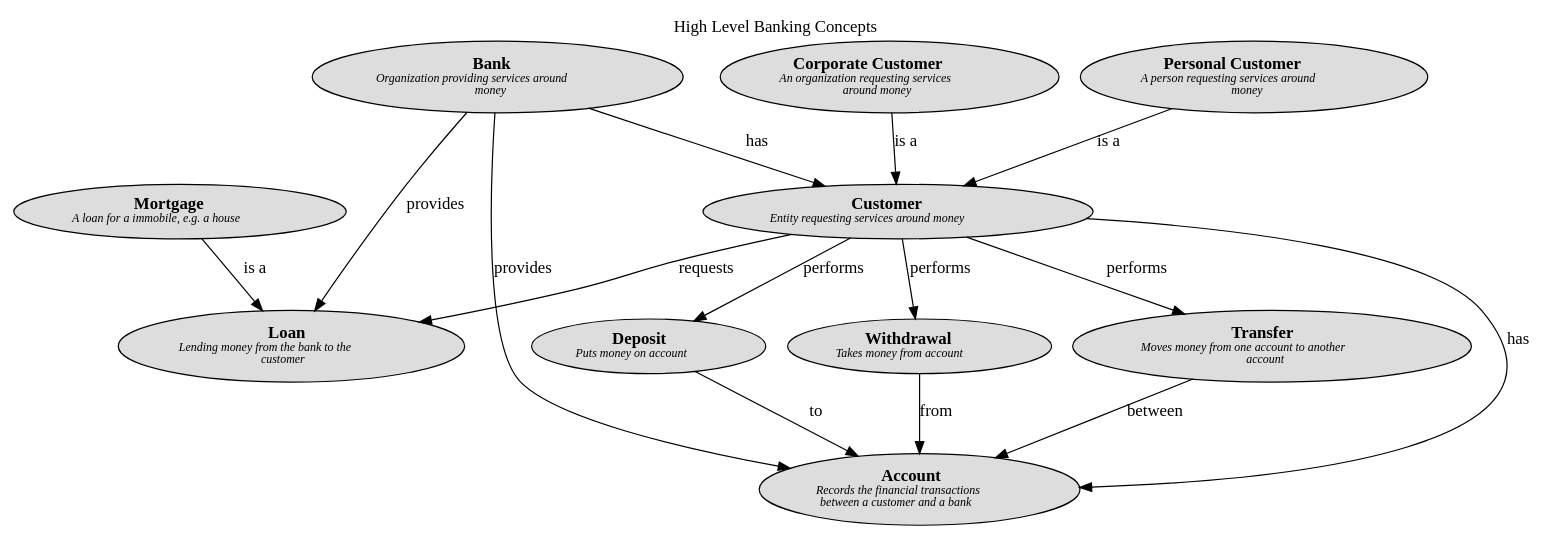
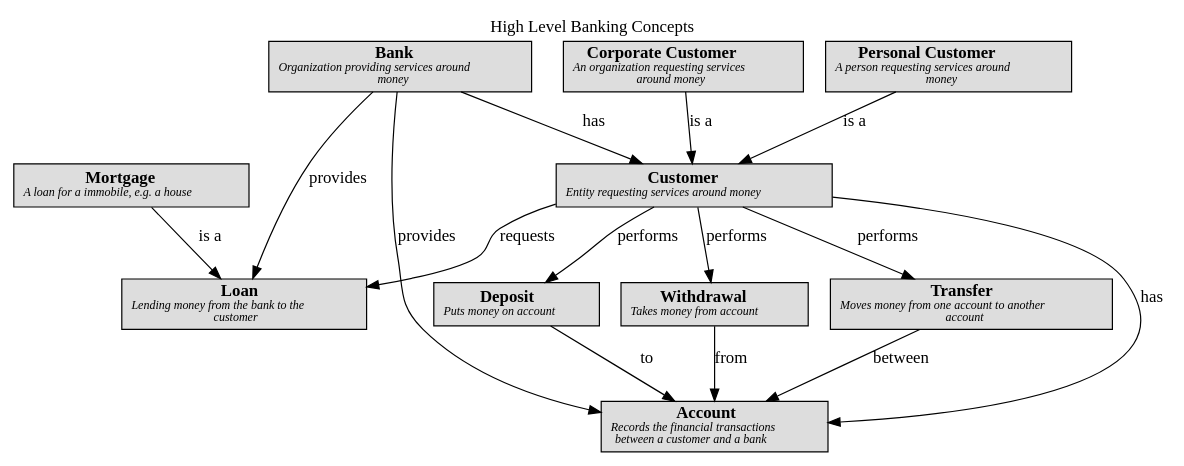
Before and after one commit to soulspace-org/my-bank-model: the diagram in docs/mybank/concepts/concept-view.dot, drawn with Graphviz. The commit also changed 113 other files, not shown here.

```diff
--- a/docs/mybank/concepts/concept-view.dot
+++ b/docs/mybank/concepts/concept-view.dot
@@ -1,34 +1,34 @@
 digraph "High Level Banking Concepts" {
   labelloc= "t"
   label="High Level Banking Concepts"
 
   layout=dot
-mybank_concepts__mortgage [shape=ellipse style=filled fillcolor="#dddddd" label=<<B>Mortgage</B><BR/><FONT POINT-SIZE="10"><I>A loan for a immobile, e.g. a house </I></FONT>>]
-mybank_concepts__transfer [shape=ellipse style=filled fillcolor="#dddddd" label=<<B>Transfer</B><BR/><FONT POINT-SIZE="10"><I>Moves money from one account to another<BR/>account </I></FONT>>]
-mybank_concepts__personal_customer [shape=ellipse style=filled fillcolor="#dddddd" label=<<B>Personal Customer</B><BR/><FONT POINT-SIZE="10"><I>A person requesting services around<BR/>money </I></FONT>>]
-mybank_concepts__account [shape=ellipse style=filled fillcolor="#dddddd" label=<<B>Account</B><BR/><FONT POINT-SIZE="10"><I>Records the financial transactions<BR/>between a customer and a bank </I></FONT>>]
-mybank_concepts__bank [shape=ellipse style=filled fillcolor="#dddddd" label=<<B>Bank</B><BR/><FONT POINT-SIZE="10"><I>Organization providing services around<BR/>money </I></FONT>>]
-mybank_concepts__customer [shape=ellipse style=filled fillcolor="#dddddd" label=<<B>Customer</B><BR/><FONT POINT-SIZE="10"><I>Entity requesting services around money </I></FONT>>]
-mybank_concepts__deposit [shape=ellipse style=filled fillcolor="#dddddd" label=<<B>Deposit</B><BR/><FONT POINT-SIZE="10"><I>Puts money on account </I></FONT>>]
-mybank_concepts__corporate_customer [shape=ellipse style=filled fillcolor="#dddddd" label=<<B>Corporate Customer</B><BR/><FONT POINT-SIZE="10"><I>An organization requesting services<BR/>around money </I></FONT>>]
-mybank_concepts__withdrawal [shape=ellipse style=filled fillcolor="#dddddd" label=<<B>Withdrawal</B><BR/><FONT POINT-SIZE="10"><I>Takes money from account </I></FONT>>]
-mybank_concepts__loan [shape=ellipse style=filled fillcolor="#dddddd" label=<<B>Loan</B><BR/><FONT POINT-SIZE="10"><I>Lending money from the bank to the<BR/>customer </I></FONT>>]
+mybank_concepts__mortgage [shape=box style=filled fillcolor="#dddddd" label=<<B>Mortgage</B><BR/><FONT POINT-SIZE="10"><I>A loan for a immobile, e.g. a house </I></FONT>>]
+mybank_concepts__transfer [shape=box style=filled fillcolor="#dddddd" label=<<B>Transfer</B><BR/><FONT POINT-SIZE="10"><I>Moves money from one account to another<BR/>account </I></FONT>>]
+mybank_concepts__personal_customer [shape=box style=filled fillcolor="#dddddd" label=<<B>Personal Customer</B><BR/><FONT POINT-SIZE="10"><I>A person requesting services around<BR/>money </I></FONT>>]
+mybank_concepts__account [shape=box style=filled fillcolor="#dddddd" label=<<B>Account</B><BR/><FONT POINT-SIZE="10"><I>Records the financial transactions<BR/>between a customer and a bank </I></FONT>>]
+mybank_concepts__bank [shape=box style=filled fillcolor="#dddddd" label=<<B>Bank</B><BR/><FONT POINT-SIZE="10"><I>Organization providing services around<BR/>money </I></FONT>>]
+mybank_concepts__customer [shape=box style=filled fillcolor="#dddddd" label=<<B>Customer</B><BR/><FONT POINT-SIZE="10"><I>Entity requesting services around money </I></FONT>>]
+mybank_concepts__deposit [shape=box style=filled fillcolor="#dddddd" label=<<B>Deposit</B><BR/><FONT POINT-SIZE="10"><I>Puts money on account </I></FONT>>]
+mybank_concepts__corporate_customer [shape=box style=filled fillcolor="#dddddd" label=<<B>Corporate Customer</B><BR/><FONT POINT-SIZE="10"><I>An organization requesting services<BR/>around money </I></FONT>>]
+mybank_concepts__withdrawal [shape=box style=filled fillcolor="#dddddd" label=<<B>Withdrawal</B><BR/><FONT POINT-SIZE="10"><I>Takes money from account </I></FONT>>]
+mybank_concepts__loan [shape=box style=filled fillcolor="#dddddd" label=<<B>Loan</B><BR/><FONT POINT-SIZE="10"><I>Lending money from the bank to the<BR/>customer </I></FONT>>]
  
 mybank_concepts__customer -> mybank_concepts__transfer [label=<performs<BR/><FONT POINT-SIZE="10"><I> </I></FONT>>]
 mybank_concepts__transfer -> mybank_concepts__account [label=<between<BR/><FONT POINT-SIZE="10"><I> </I></FONT>>]
 mybank_concepts__customer -> mybank_concepts__account [label=<has<BR/><FONT POINT-SIZE="10"><I> </I></FONT>>]
 mybank_concepts__customer -> mybank_concepts__deposit [label=<performs<BR/><FONT POINT-SIZE="10"><I> </I></FONT>>]
 mybank_concepts__corporate_customer -> mybank_concepts__customer [label=<is a<BR/><FONT POINT-SIZE="10"><I> </I></FONT>>]
 mybank_concepts__personal_customer -> mybank_concepts__customer [label=<is a<BR/><FONT POINT-SIZE="10"><I> </I></FONT>>]
 mybank_concepts__mortgage -> mybank_concepts__loan [label=<is a<BR/><FONT POINT-SIZE="10"><I> </I></FONT>>]
 mybank_concepts__withdrawal -> mybank_concepts__account [label=<from<BR/><FONT POINT-SIZE="10"><I> </I></FONT>>]
 mybank_concepts__deposit -> mybank_concepts__account [label=<to<BR/><FONT POINT-SIZE="10"><I> </I></FONT>>]
 mybank_concepts__bank -> mybank_concepts__customer [label=<has<BR/><FONT POINT-SIZE="10"><I> </I></FONT>>]
 mybank_concepts__customer -> mybank_concepts__withdrawal [label=<performs<BR/><FONT POINT-SIZE="10"><I> </I></FONT>>]
 mybank_concepts__bank -> mybank_concepts__account [label=<provides<BR/><FONT POINT-SIZE="10"><I> </I></FONT>>]
 mybank_concepts__customer -> mybank_concepts__loan [label=<requests<BR/><FONT POINT-SIZE="10"><I> </I></FONT>>]
 mybank_concepts__bank -> mybank_concepts__loan [label=<provides<BR/><FONT POINT-SIZE="10"><I> </I></FONT>>]
  
 }
 
 // (generated by Overarch with template views/view.dot.cmb)
```
